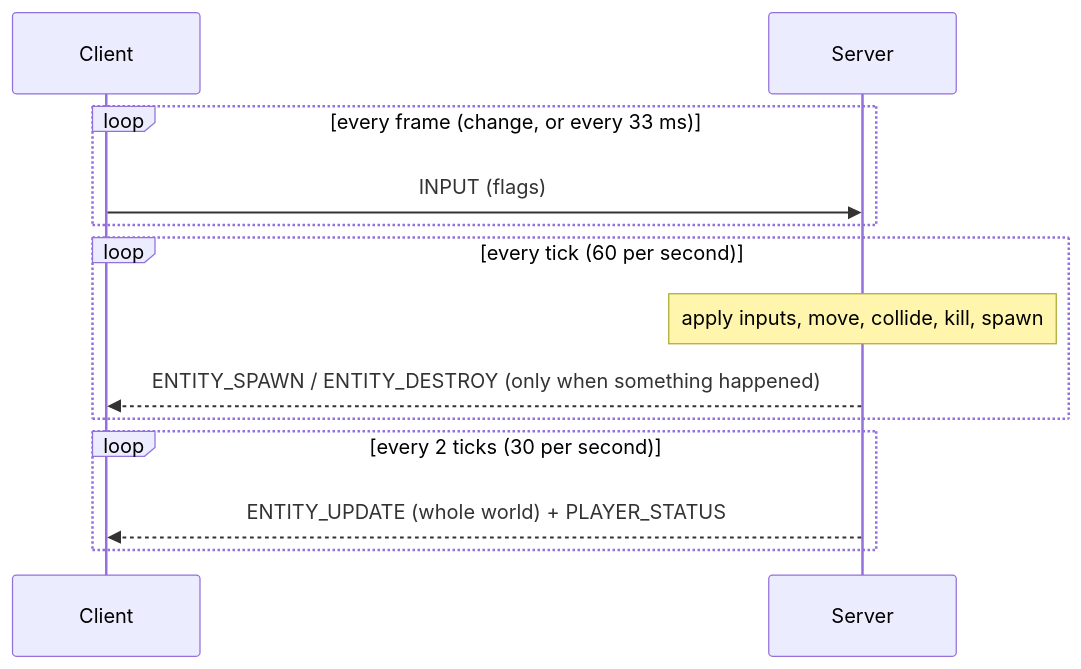
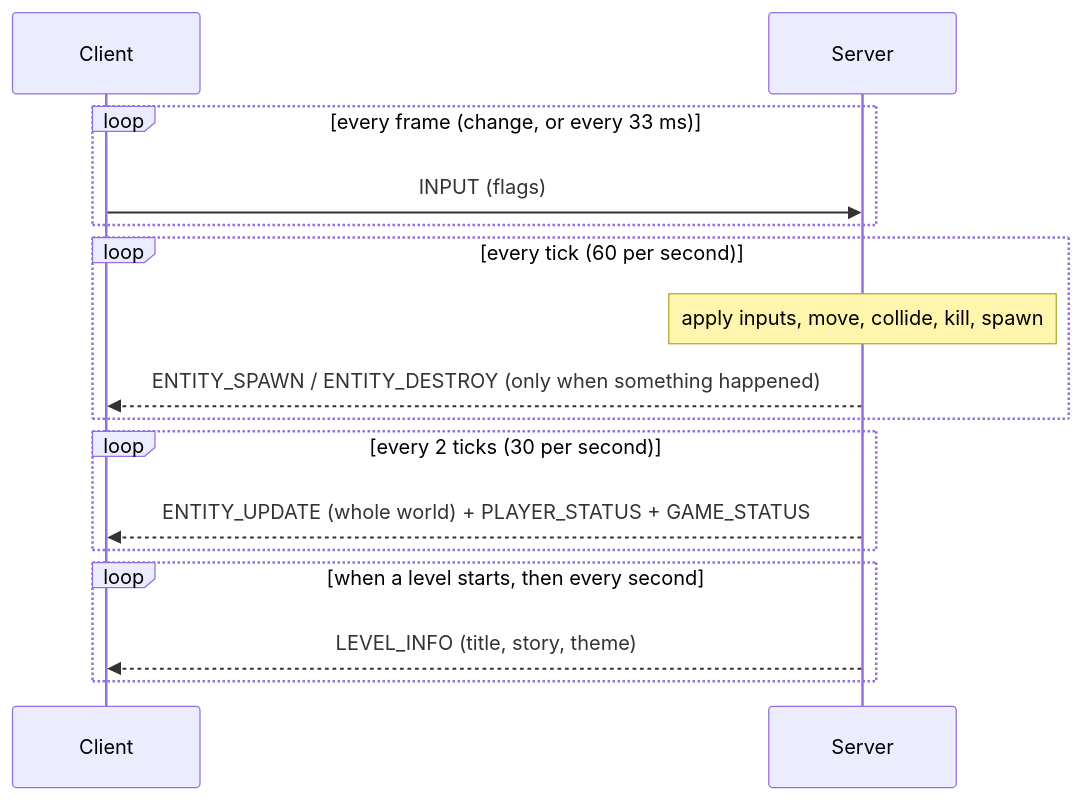
Before and after one commit to danbmg/rtype: the third of 4 diagrams in docs/protocol/rfc.md, drawn with Mermaid. The commit also changed other lines of this file and 18 other files, not shown here.

````diff
--- a/docs/protocol/rfc.md
+++ b/docs/protocol/rfc.md
@@ -266,15 +360,18 @@
 ```mermaid
 sequenceDiagram
     participant C as Client
     participant S as Server
     loop every frame (change, or every 33 ms)
         C->>S: INPUT (flags)
     end
     loop every tick (60 per second)
         Note over S: apply inputs, move, collide, kill, spawn
         S-->>C: ENTITY_SPAWN / ENTITY_DESTROY (only when something happened)
     end
     loop every 2 ticks (30 per second)
-        S-->>C: ENTITY_UPDATE (whole world) + PLAYER_STATUS
+        S-->>C: ENTITY_UPDATE (whole world) + PLAYER_STATUS + GAME_STATUS
+    end
+    loop when a level starts, then every second
+        S-->>C: LEVEL_INFO (title, story, theme)
     end
 ```
````
